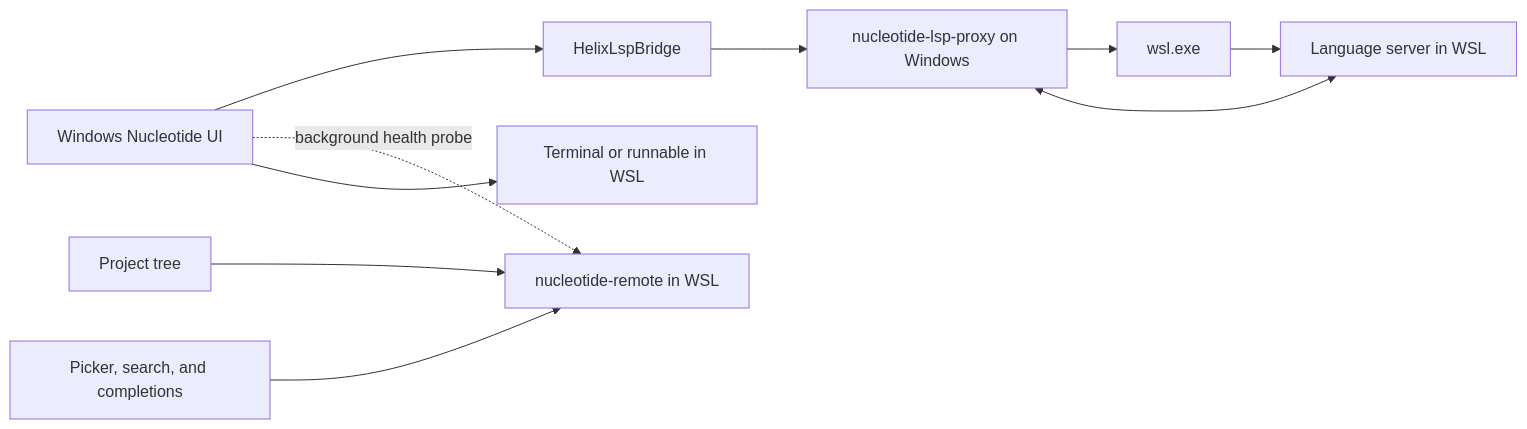
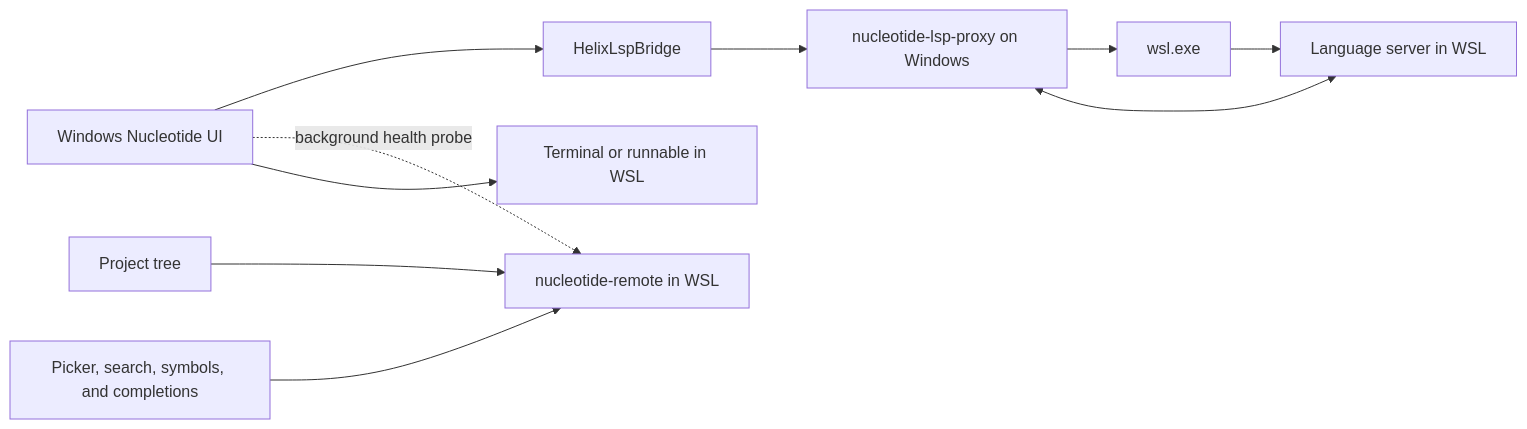
Before and after one commit to iainh/nucleotide: the diagram in docs/wsl_remote_development.md, drawn with Mermaid. The commit also changed other lines of this file and 5 other files, not shown here.

````diff
--- a/docs/wsl_remote_development.md
+++ b/docs/wsl_remote_development.md
@@ -111,22 +116,22 @@
 ```mermaid
 flowchart LR
     UI["Windows Nucleotide UI"]
     Bridge["HelixLspBridge"]
     Proxy["nucleotide-lsp-proxy on Windows"]
     WSL["wsl.exe"]
     Server["Language server in WSL"]
     Helper["nucleotide-remote in WSL"]
     FileTree["Project tree"]
-    Picker["Picker, search, and completions"]
+    Picker["Picker, search, symbols, and completions"]
     Terminal["Terminal or runnable in WSL"]
 
     UI --> Bridge
     Bridge --> Proxy
     Proxy --> WSL
     WSL --> Server
     UI -. "background health probe" .-> Helper
     FileTree --> Helper
     Picker --> Helper
     UI --> Terminal
     Proxy <--> Server
 ```
````
